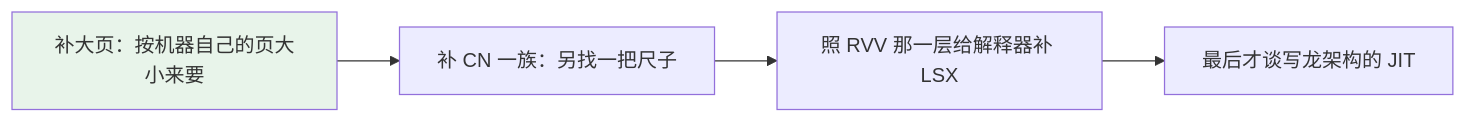
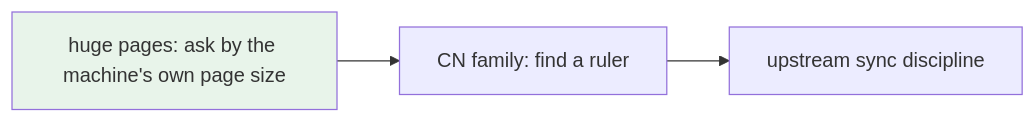
Before and after one commit to xmrig/xmrig: the second of 2 diagrams in doc/LOONGARCH.md, drawn with Mermaid. The commit also changed other lines of this file, not shown here.

````diff
--- a/doc/LOONGARCH.md
+++ b/doc/LOONGARCH.md
@@ -156,5 +170,5 @@
 ```mermaid
 flowchart LR
-    A["补大页：按机器自己的页大小来要"] --> B["补 CN 一族：另找一把尺子"] --> C["照 RVV 那一层给解释器补 LSX"] --> D["最后才谈写龙架构的 JIT"]
+    A["huge pages: ask by the machine's own page size"] --> B["CN family: find a ruler"] --> C["upstream sync discipline"]
     style A fill:#e8f4ea
 ```
````
